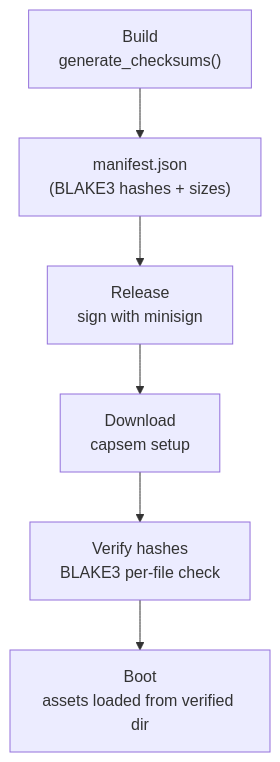
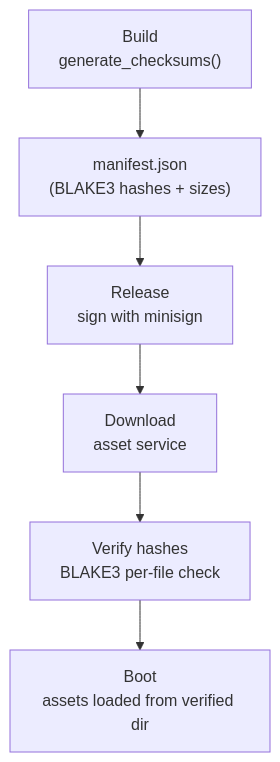
Before and after one commit to google/capsem: the second of 2 diagrams in docs/src/content/docs/security/build-verification.md, drawn with Mermaid. The commit also changed other lines of this file and 87 other files, not shown here.

````diff
--- a/docs/src/content/docs/security/build-verification.md
+++ b/docs/src/content/docs/security/build-verification.md
@@ -101,8 +101,8 @@
 ```mermaid
 graph TD
     A["Build<br/>generate_checksums()"] --> B["manifest.json<br/>(BLAKE3 hashes + sizes)"]
     B --> C["Release<br/>sign with minisign"]
-    C --> D["Download<br/>capsem setup"]
+    C --> D["Download<br/>asset service"]
     D --> E["Verify hashes<br/>BLAKE3 per-file check"]
     E --> F["Boot<br/>assets loaded from verified dir"]
 ```
````
